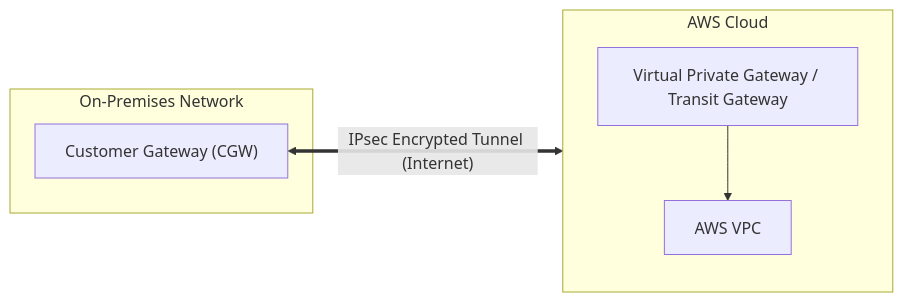
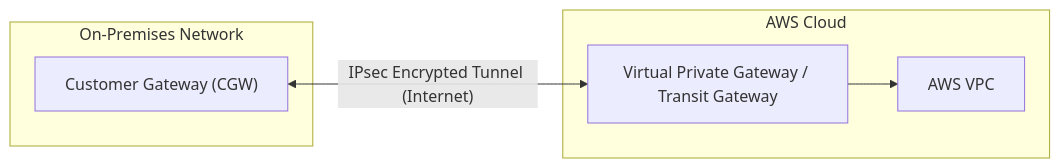
The third of 39 diagrams in 1.1 AWS — Evaluating Connectivity Options for On-Premises, Co-Location & Cloud Integration.md (ReginRavi/AIP-C01), drawn with Mermaid before and after one commit. The commit also changed other lines of this file, not shown here.

Commit message:
Fix Mermaid diagram syntax in 1.1 Evaluating Connectivity Options

````diff
--- a/1.1 AWS — Evaluating Connectivity Options for On-Premises, Co-Location & Cloud Integration.md
+++ b/1.1 AWS — Evaluating Connectivity Options for On-Premises, Co-Location & Cloud Integration.md
@@ -81,12 +80,12 @@
 ```mermaid
 flowchart LR
-    subgraph OnPrem["On-Premises Network"]
+    subgraph OnPrem ["On-Premises Network"]
         CGW["Customer Gateway (CGW)"]
     end
 
-    CGW <==>|"IPsec Encrypted Tunnel (Internet)"| AWS
-
-    subgraph AWS["AWS Cloud"]
+    subgraph AWS ["AWS Cloud"]
         VGW["Virtual Private Gateway / Transit Gateway"] --> VPC["AWS VPC"]
     end
+
+    CGW <-->|"IPsec Encrypted Tunnel (Internet)"| VGW
 ```
````
